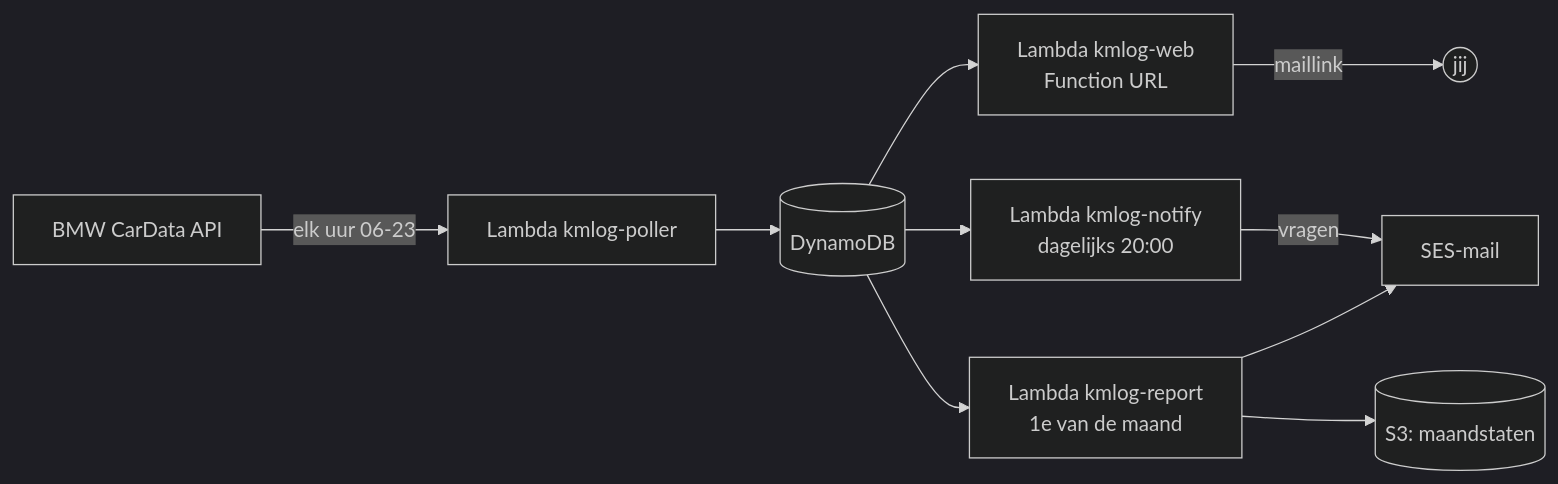
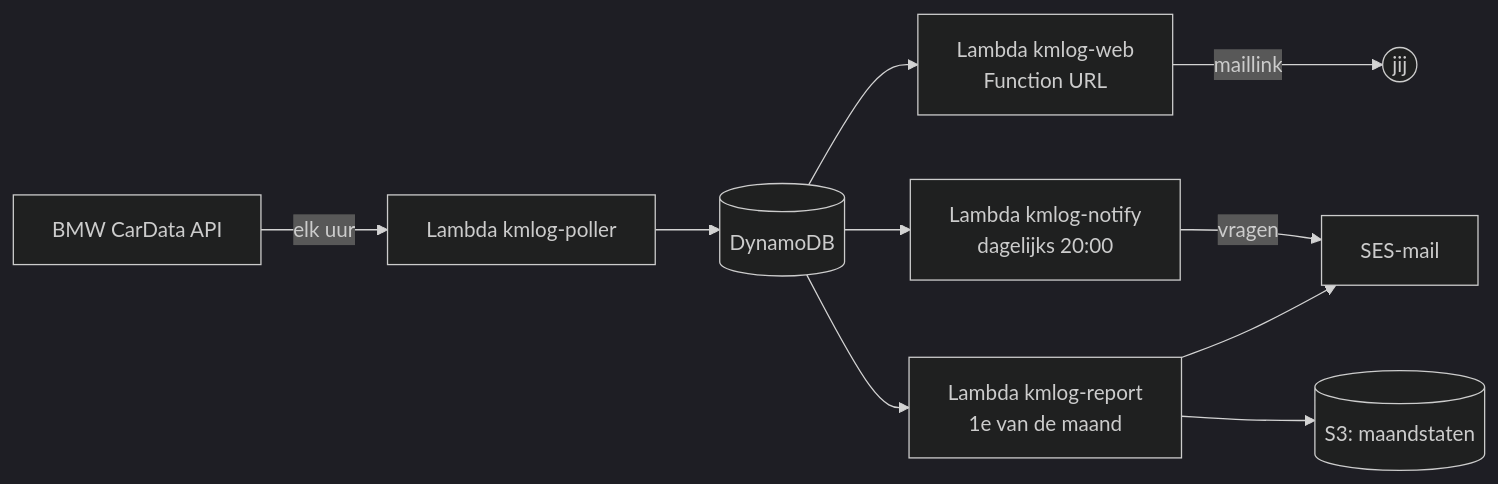
Before and after one commit to Sebas1337/km-administratie-bmw: the diagram in README.md, drawn with Mermaid (dark theme). The commit also changed other lines of this file and 7 other files, not shown here.

````diff
--- a/README.md
+++ b/README.md
@@ -50,9 +50,9 @@
 ```mermaid
 flowchart LR
-  BMW[BMW CarData API] -- elk uur 06-23 --> P[Lambda kmlog-poller]
+  BMW[BMW CarData API] -- elk uur --> P[Lambda kmlog-poller]
   P --> DB[(DynamoDB)]
   DB --> W[Lambda kmlog-web<br/>Function URL]
   W -- maillink --> You((jij))
   DB --> N[Lambda kmlog-notify<br/>dagelijks 20:00] -- vragen --> Mail[SES-mail]
   DB --> R[Lambda kmlog-report<br/>1e van de maand] --> S3[(S3: maandstaten)] & Mail
 ```
````
